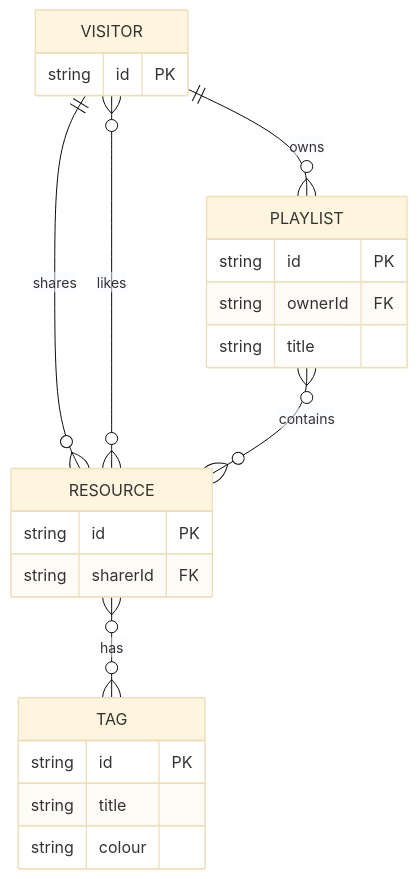
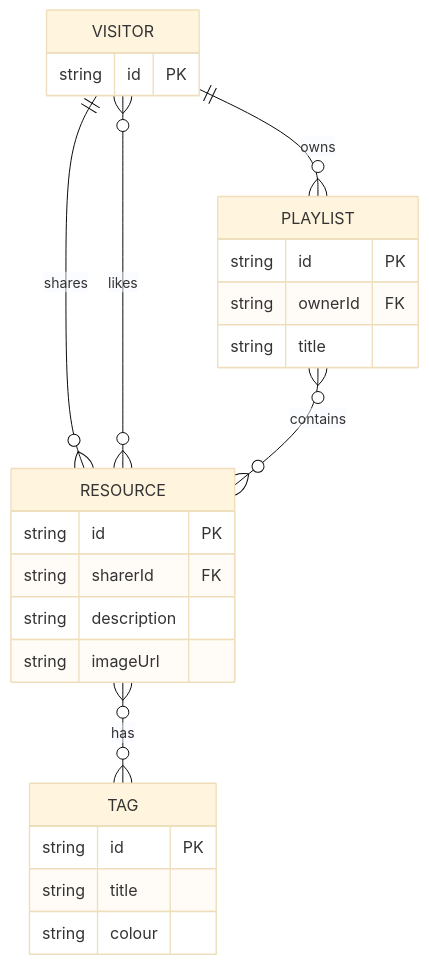
One commit to swe-delivery/swe-tube changed the diagram in spec.md. Above: the diagram before and after it, drawn with Mermaid (base theme).

Commit message:
add properties to RESOURCE entity

````diff
--- a/spec.md
+++ b/spec.md
@@ -16,25 +16,27 @@
 ```mermaid
 erDiagram
     VISITOR {
         string id PK
     }
     RESOURCE {
         string id PK
         string sharerId FK
+        string description
+        string imageUrl
     }
     TAG {
         string id  PK
         string title
         string colour
     }
     PLAYLIST {
         string id PK
         string ownerId FK
         string title
     }
     VISITOR ||--o{ RESOURCE: shares
     VISITOR }o--o{ RESOURCE: likes
     VISITOR ||--o{ PLAYLIST: owns
     PLAYLIST }o--o{ RESOURCE: contains
     RESOURCE }o--o{ TAG: has
 ```
````
